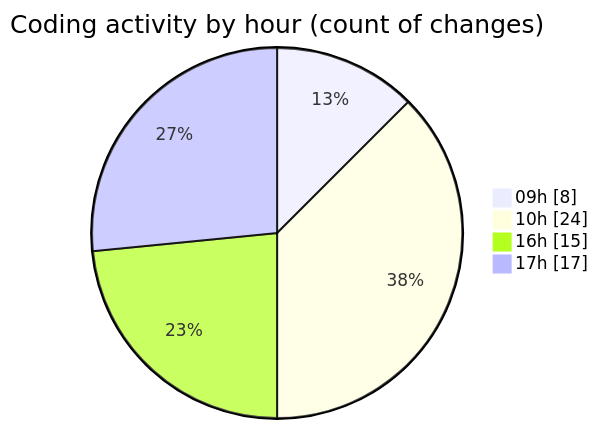
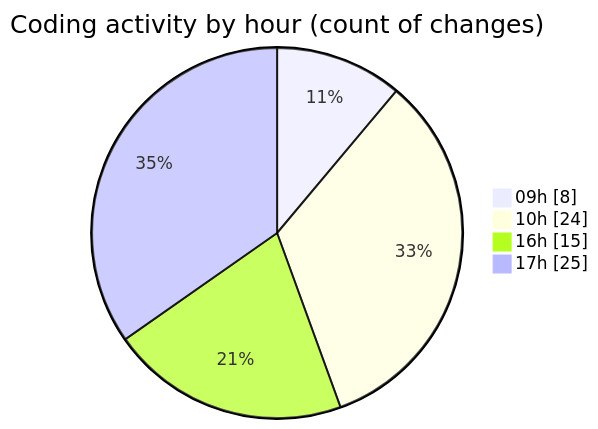
Before and after one commit to julien-gomy/code-tracking: the second of 2 diagrams in 2025-10-09/eventscop-frontend-guide__workspace_/README.md, drawn with Mermaid. The commit also changed other lines of this file and 1 other file, not shown here.

````diff
--- a/2025-10-09/eventscop-frontend-guide__workspace_/README.md
+++ b/2025-10-09/eventscop-frontend-guide__workspace_/README.md
@@ -51,8 +53,8 @@
 ```mermaid
 pie showData
 title Coding activity by hour (count of changes)
 "09h" : 8
 "10h" : 24
 "16h" : 15
-"17h" : 17
+"17h" : 25
 ```
````
